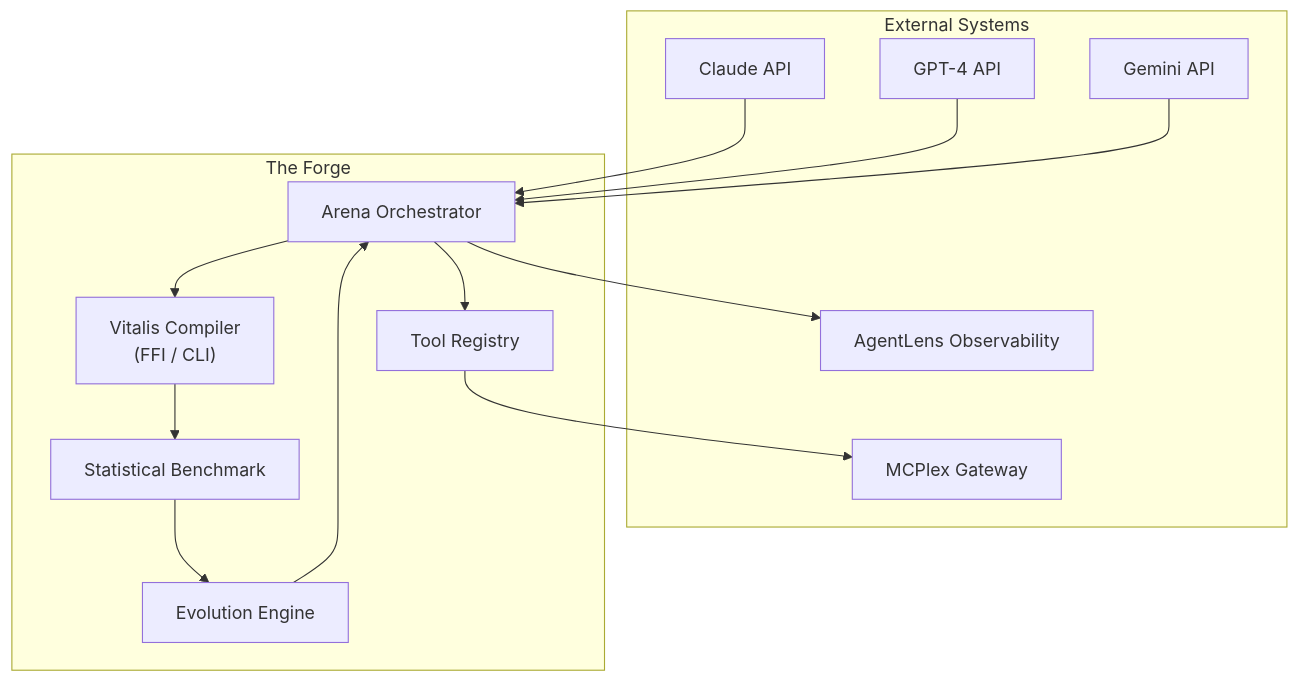
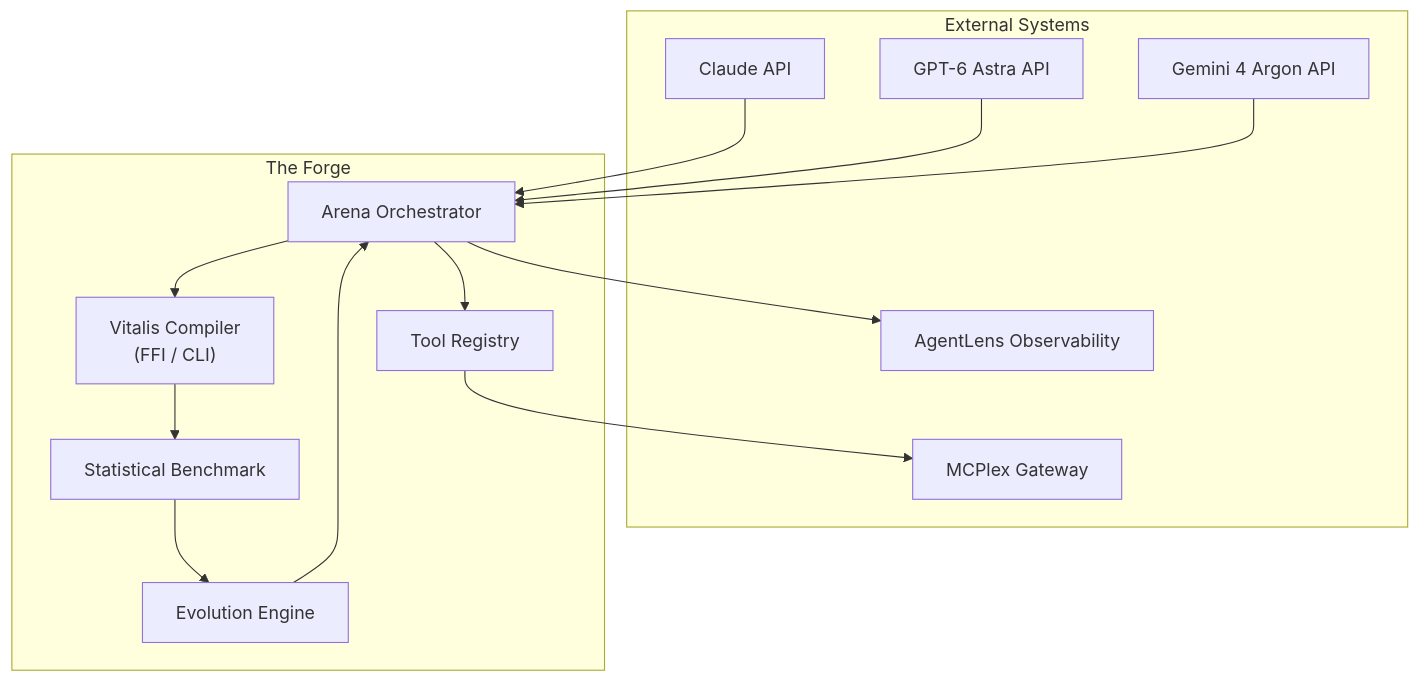
The first of 2 diagrams in docs/ARCHITECTURE.md (ModernOps888/the-forge), drawn with Mermaid before and after one commit. The commit also changed other lines of this file and 19 other files, not shown here.

````diff
--- a/docs/ARCHITECTURE.md
+++ b/docs/ARCHITECTURE.md
@@ -28,29 +28,29 @@
 ```mermaid
 graph TB
     subgraph External["External Systems"]
         Claude["Claude API"]
-        GPT["GPT-4 API"]
-        Gemini["Gemini API"]
+        GPT["GPT-6 Astra API"]
+        Gemini["Gemini 4 Argon API"]
         MCPlex["MCPlex Gateway"]
         AgentLens["AgentLens Observability"]
     end
 
     subgraph TheForge["The Forge"]
         Arena["Arena Orchestrator"]
         Compiler["Vitalis Compiler<br/>(FFI / CLI)"]
         Benchmark["Statistical Benchmark"]
         Evolution["Evolution Engine"]
         Registry["Tool Registry"]
     end
 
     Claude --> Arena
     GPT --> Arena
     Gemini --> Arena
     Arena --> Compiler
     Compiler --> Benchmark
     Benchmark --> Evolution
     Evolution --> Arena
     Arena --> Registry
     Arena --> AgentLens
     Registry --> MCPlex
 ```
````
